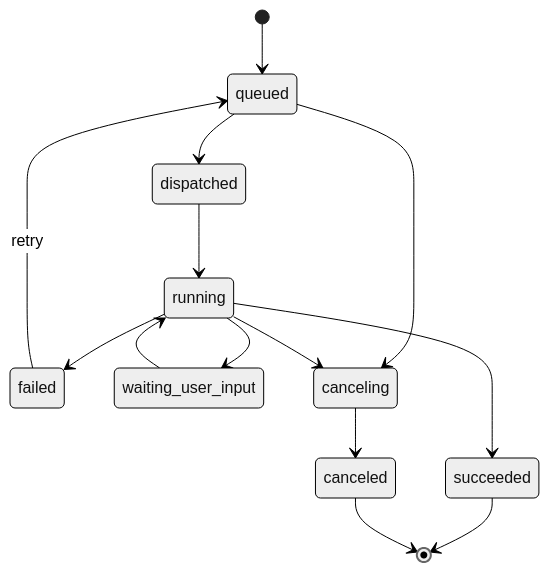
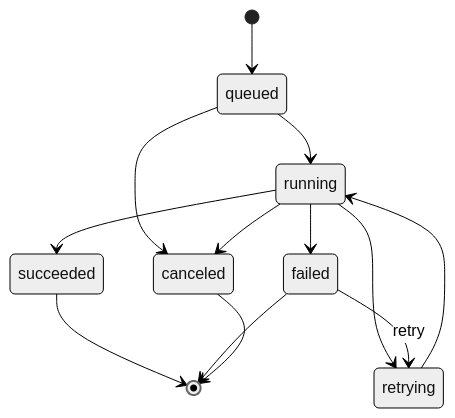
Before and after one commit to NoraJinxy/Niantong_GH_version: the first of 4 diagrams in wiki/docs/2-60-任务队列与异步架构.md, drawn with Mermaid (neutral theme). The commit also changed other lines of this file and 19 other files, not shown here.

````diff
--- a/wiki/docs/2-60-任务队列与异步架构.md
+++ b/wiki/docs/2-60-任务队列与异步架构.md
@@ -139,16 +141,15 @@
 ```mermaid
 stateDiagram-v2
   [*] --> queued
-  queued --> dispatched
-  dispatched --> running
+  queued --> running
+  queued --> canceled
   running --> succeeded
   running --> failed
-  running --> waiting_user_input
-  waiting_user_input --> running
-  queued --> canceling
-  running --> canceling
-  canceling --> canceled
-  failed --> queued: retry
+  running --> canceled
+  running --> retrying
+  retrying --> running
+  failed --> retrying: retry
   succeeded --> [*]
+  failed --> [*]
   canceled --> [*]
 ```
````
